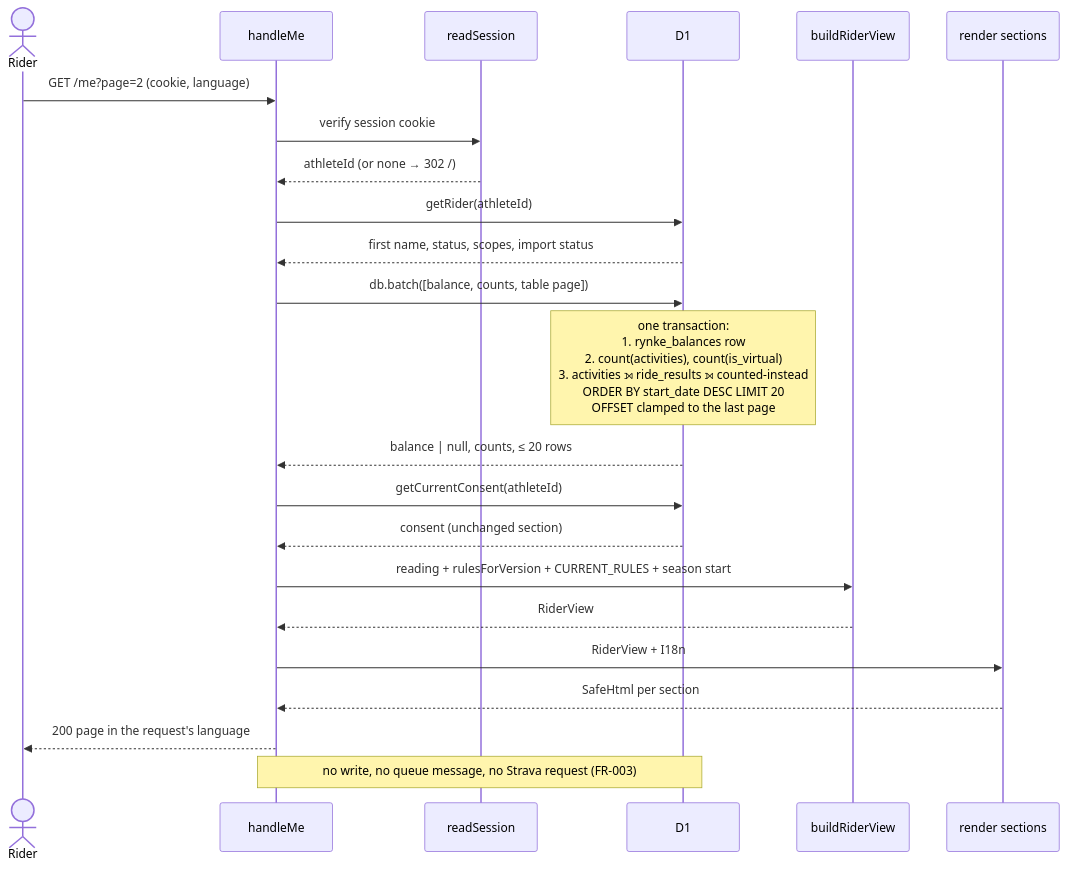
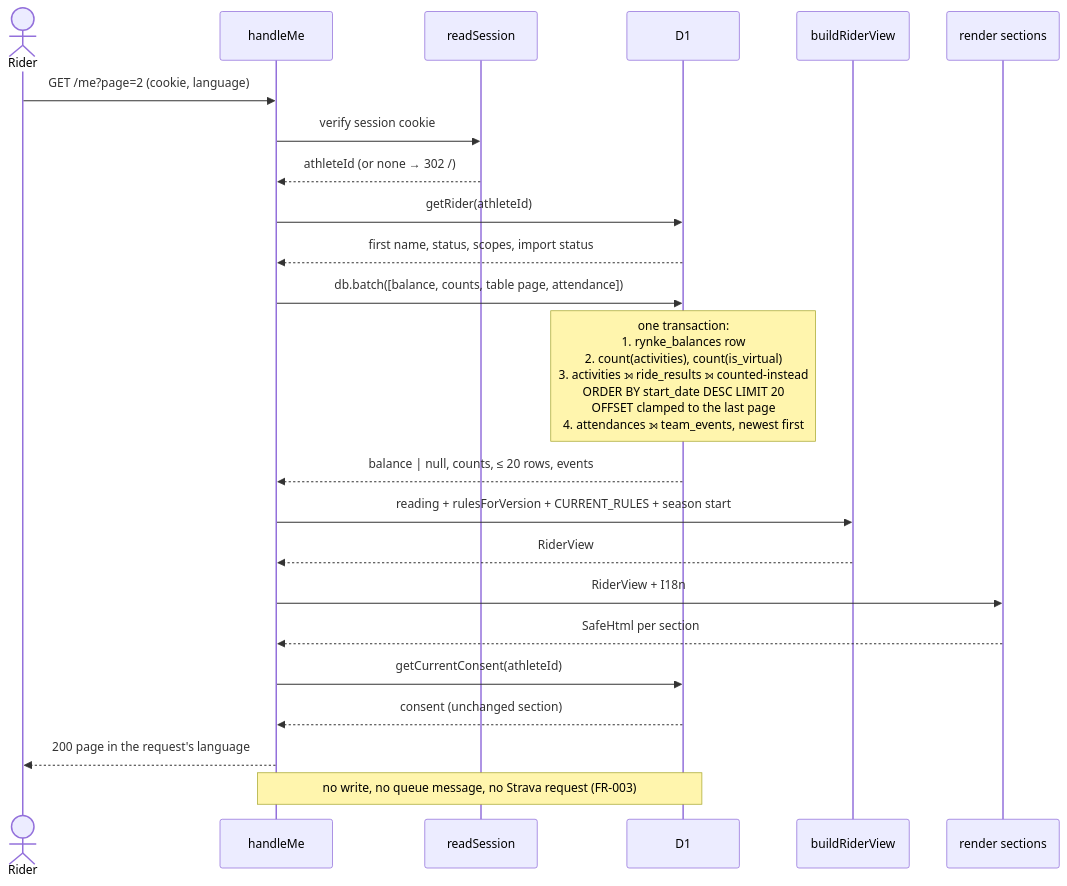
The second of 9 diagrams in specs/005-rider-view/plan.md (SaSteffen/RynkePoints), drawn with Mermaid before and after one commit. The commit also changed other lines of this file and 2 other files, not shown here.

Commit message:
docs: check rider view diagrams against the build

````diff
--- a/specs/005-rider-view/plan.md
+++ b/specs/005-rider-view/plan.md
@@ -235,26 +238,26 @@
 ```mermaid
 sequenceDiagram
     actor R as Rider
     participant M as handleMe
     participant S as readSession
     participant DB as D1
     participant V as buildRiderView
     participant X as render sections
 
     R->>M: GET /me?page=2 (cookie, language)
     M->>S: verify session cookie
     S-->>M: athleteId (or none → 302 /)
     M->>DB: getRider(athleteId)
     DB-->>M: first name, status, scopes, import status
-    M->>DB: db.batch([balance, counts, table page])
-    Note over DB: one transaction:<br/>1. rynke_balances row<br/>2. count(activities), count(is_virtual)<br/>3. activities ⟕ ride_results ⟕ counted-instead<br/>   ORDER BY start_date DESC LIMIT 20<br/>   OFFSET clamped to the last page
-    DB-->>M: balance | null, counts, ≤ 20 rows
-    M->>DB: getCurrentConsent(athleteId)
-    DB-->>M: consent (unchanged section)
+    M->>DB: db.batch([balance, counts, table page, attendance])
+    Note over DB: one transaction:<br/>1. rynke_balances row<br/>2. count(activities), count(is_virtual)<br/>3. activities ⟕ ride_results ⟕ counted-instead<br/>   ORDER BY start_date DESC LIMIT 20<br/>   OFFSET clamped to the last page<br/>4. attendances ⟕ team_events, newest first
+    DB-->>M: balance | null, counts, ≤ 20 rows, events
     M->>V: reading + rulesForVersion + CURRENT_RULES + season start
     V-->>M: RiderView
     M->>X: RiderView + I18n
     X-->>M: SafeHtml per section
+    M->>DB: getCurrentConsent(athleteId)
+    DB-->>M: consent (unchanged section)
     M-->>R: 200 page in the request's language
     Note over M,DB: no write, no queue message, no Strava request (FR-003)
 ```
````
